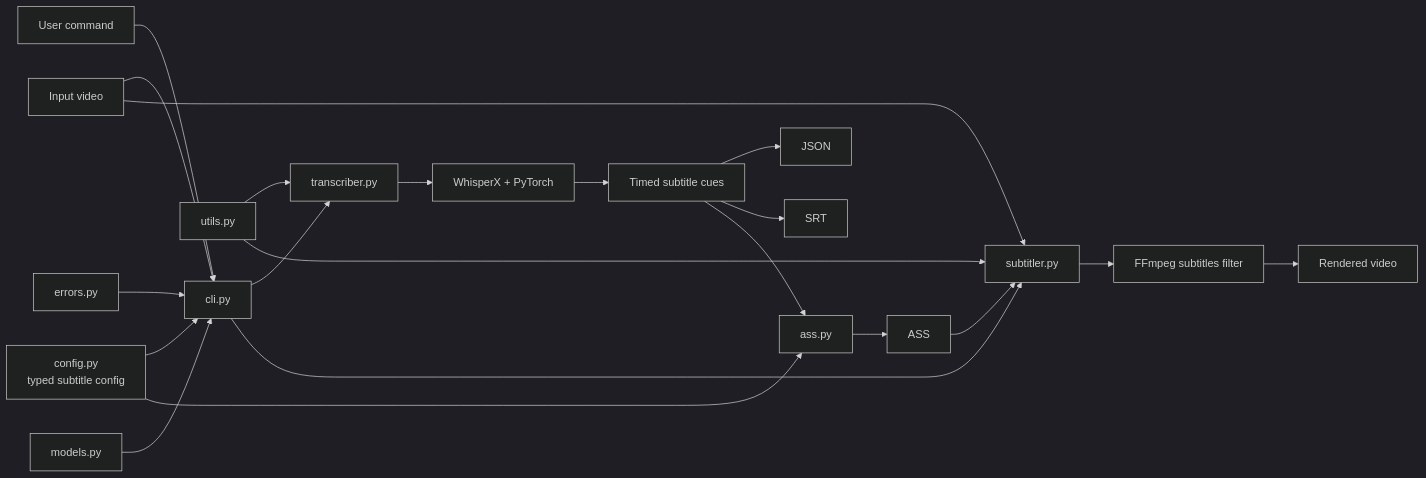
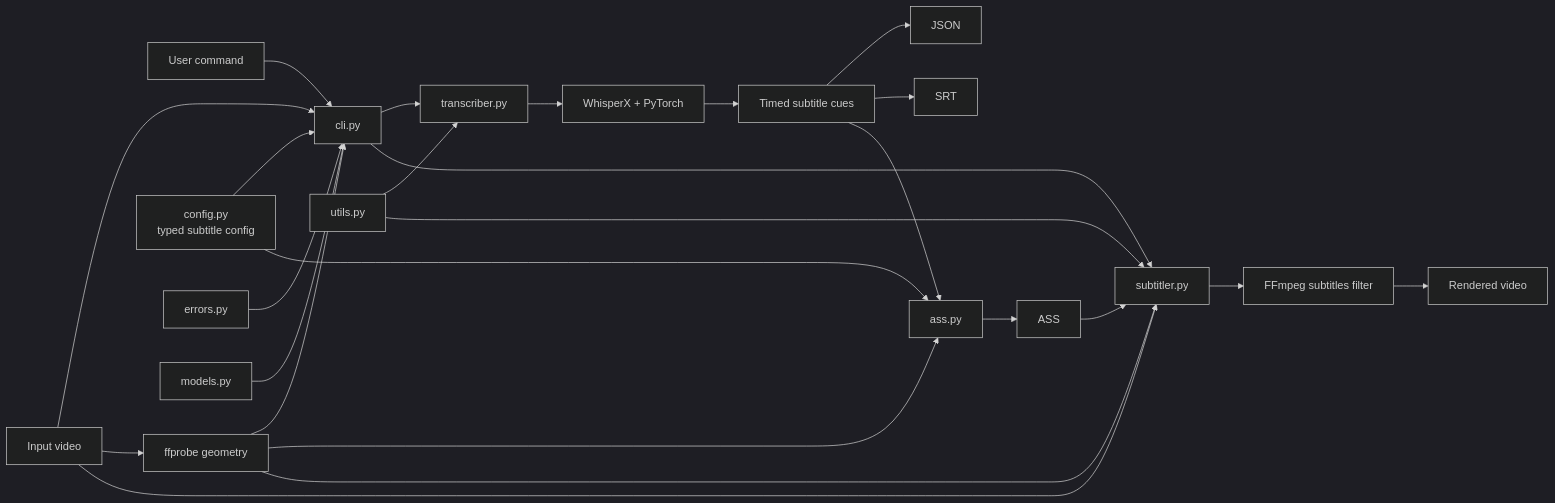
One commit to denilson-santos/multisubs changed the diagram in docs/architecture.md. Above: the diagram before and after it, drawn with Mermaid (dark theme). The commit also changed other lines of this file and 8 other files, not shown here.

```diff
--- a/docs/architecture.md
+++ b/docs/architecture.md
@@ -10,23 +10,27 @@
 ~~~mermaid
 flowchart LR
     user[User command] --> cli[cli.py]
     input[Input video] --> cli
+    input --> probe[ffprobe geometry]
+    probe --> cli
     config[config.py<br/>typed subtitle config] --> cli
     cli --> transcriber[transcriber.py]
     transcriber --> whisper[WhisperX + PyTorch]
     whisper --> cues[Timed subtitle cues]
     cues --> json[JSON]
     cues --> srt[SRT]
     cues --> asswriter[ass.py]
     asswriter --> ass[ASS]
     config --> asswriter
+    probe --> asswriter
     cli --> subtitler[subtitler.py]
     input --> subtitler
     ass --> subtitler
+    probe --> subtitler
     subtitler --> ffmpeg[FFmpeg subtitles filter]
     ffmpeg --> video[Rendered video]
     utils[utils.py] --> transcriber
     utils --> subtitler
     errors[errors.py] --> cli
     models[models.py] --> cli
 ~~~
```
